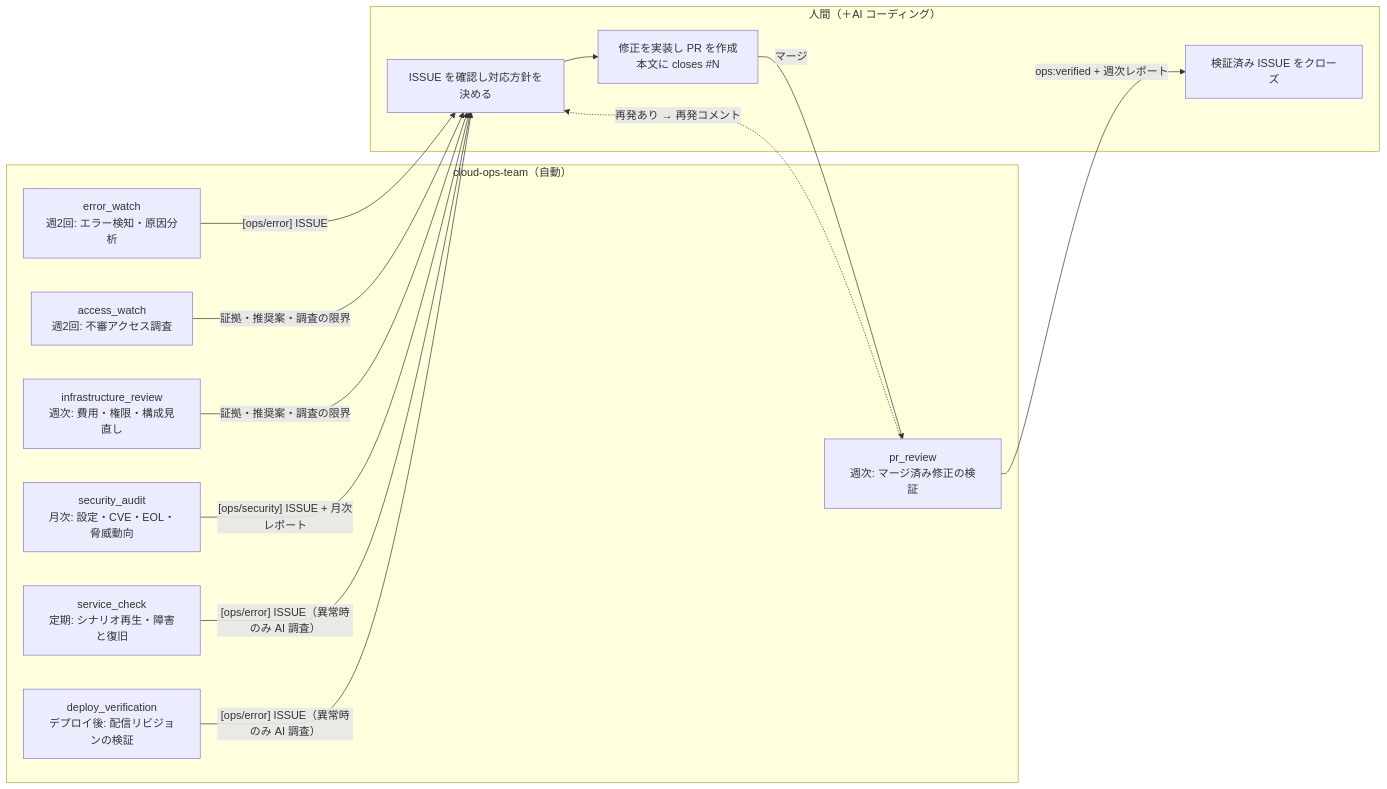
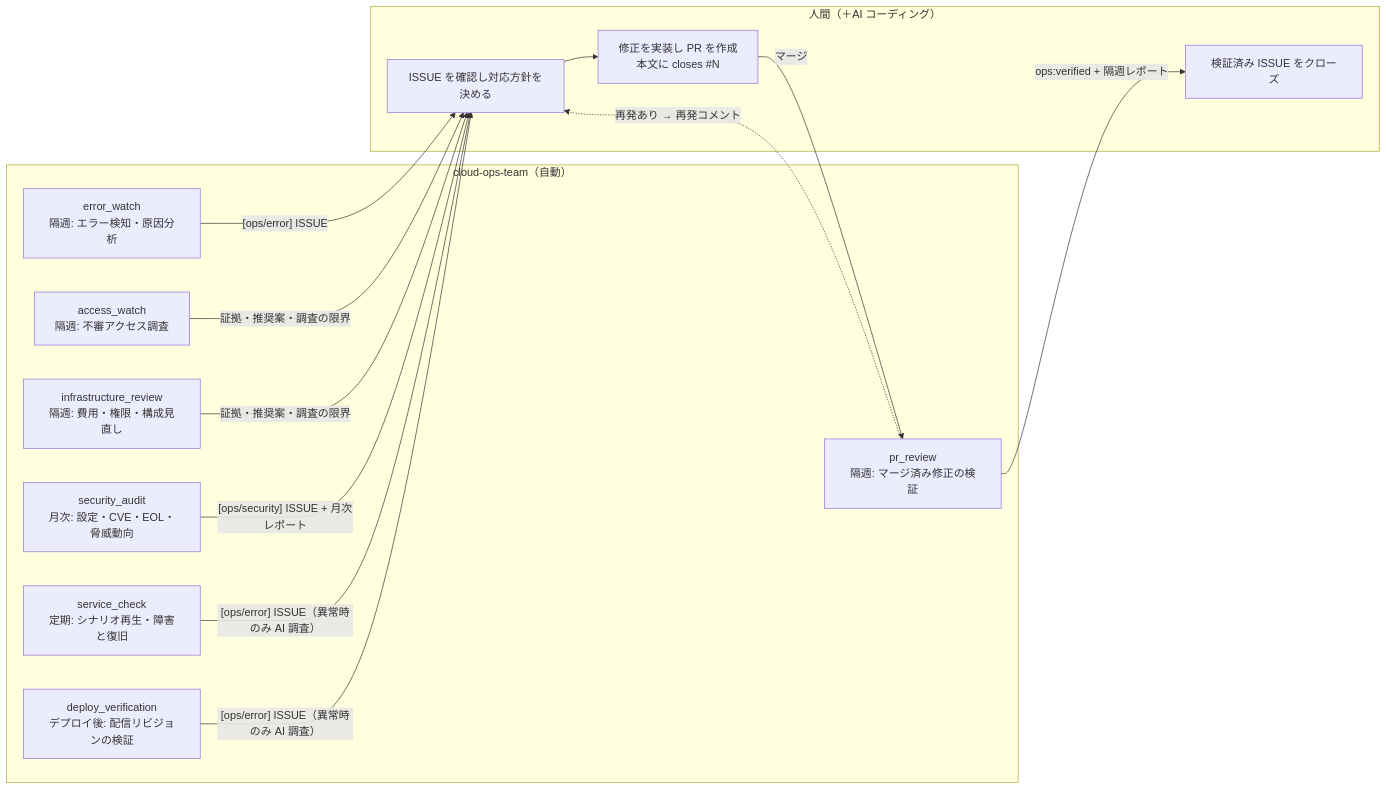
One commit to atsuki-sakai/cloud-ops-team changed the first of 4 diagrams in docs/architecture.md. Above: the diagram before and after it, drawn with Mermaid. The commit also changed other lines of this file and 36 other files, not shown here.

````diff
--- a/docs/architecture.md
+++ b/docs/architecture.md
@@ -18,25 +18,25 @@
 ```mermaid
 flowchart LR
     subgraph Agents["cloud-ops-team（自動）"]
-        EW["error_watch<br/>週2回: エラー検知・原因分析"]
-        AW["access_watch<br/>週2回: 不審アクセス調査"]
-        IR["infrastructure_review<br/>週次: 費用・権限・構成見直し"]
+        EW["error_watch<br/>隔週: エラー検知・原因分析"]
+        AW["access_watch<br/>隔週: 不審アクセス調査"]
+        IR["infrastructure_review<br/>隔週: 費用・権限・構成見直し"]
         SA["security_audit<br/>月次: 設定・CVE・EOL・脅威動向"]
-        PR["pr_review<br/>週次: マージ済み修正の検証"]
+        PR["pr_review<br/>隔週: マージ済み修正の検証"]
         SC["service_check<br/>定期: シナリオ再生・障害と復旧"]
         DV["deploy_verification<br/>デプロイ後: 配信リビジョンの検証"]
     end
     subgraph Humans["人間（＋AI コーディング）"]
         H1["ISSUE を確認し対応方針を決める"]
         H2["修正を実装し PR を作成<br/>本文に closes #N"]
         H3["検証済み ISSUE をクローズ"]
     end
     EW -- "[ops/error] ISSUE" --> H1
     AW & IR -- "証拠・推奨案・調査の限界" --> H1
     SA -- "[ops/security] ISSUE + 月次レポート" --> H1
     SC & DV -- "[ops/error] ISSUE（異常時のみ AI 調査）" --> H1
     H1 --> H2
     H2 -- "マージ" --> PR
-    PR -- "ops:verified + 週次レポート" --> H3
+    PR -- "ops:verified + 隔週レポート" --> H3
     PR -. "再発あり → 再発コメント" .-> H1
 ```
````
